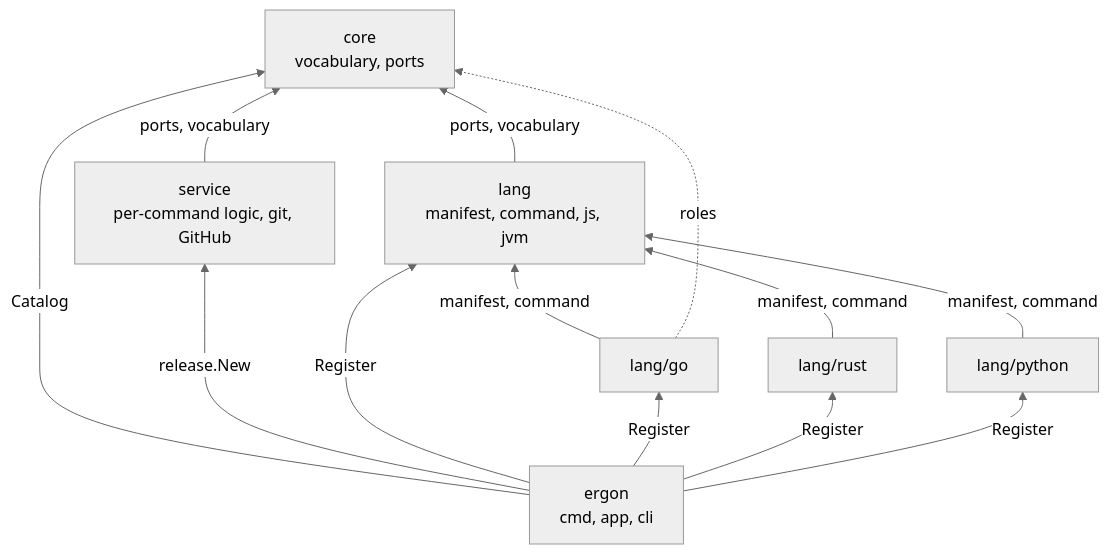
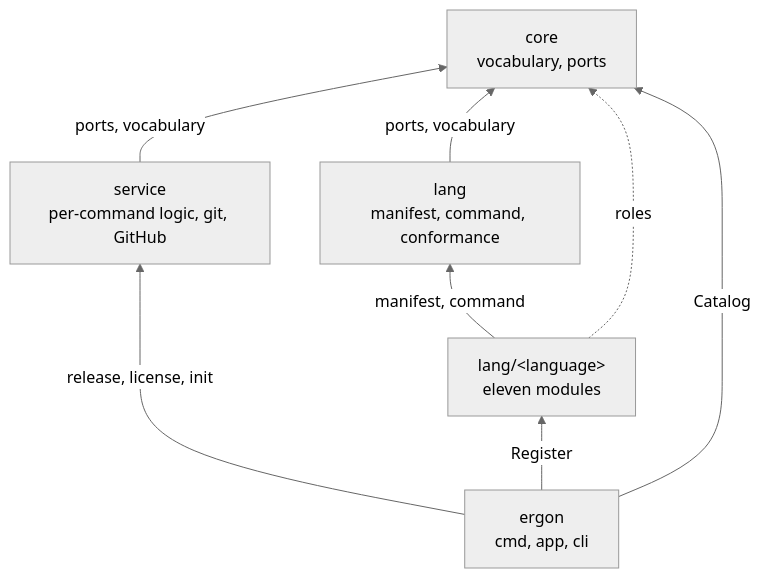
One commit to dokimasia/ergon changed the diagram in docs/rfc/0001-module-boundaries.md. Above: the diagram before and after it, drawn with Mermaid (neutral theme). The commit also changed other lines of this file and 6 other files, not shown here.

````diff
--- a/docs/rfc/0001-module-boundaries.md
+++ b/docs/rfc/0001-module-boundaries.md
@@ -66,23 +70,16 @@
 ```mermaid
 flowchart BT
     core["core<br/>vocabulary, ports"]
     svc["service<br/>per-command logic, git, GitHub"]
-    lang["lang<br/>manifest, command, js, jvm"]
-    langgo["lang/go"]
-    langrust["lang/rust"]
-    langpy["lang/python"]
+    lang["lang<br/>manifest, command, conformance"]
+    langx["lang/&lt;language&gt;<br/>eleven modules"]
     root["ergon<br/>cmd, app, cli"]
 
     svc -->|"ports, vocabulary"| core
     lang -->|"ports, vocabulary"| core
-    langgo -->|"manifest, command"| lang
-    langrust -->|"manifest, command"| lang
-    langpy -->|"manifest, command"| lang
-    langgo -.->|"roles"| core
+    langx -->|"manifest, command"| lang
+    langx -.->|"roles"| core
     root -->|"Catalog"| core
-    root -->|"release.New"| svc
-    root -->|"Register"| lang
-    root -->|"Register"| langgo
-    root -->|"Register"| langrust
-    root -->|"Register"| langpy
+    root -->|"release, license, init"| svc
+    root -->|"Register"| langx
 ```
````
